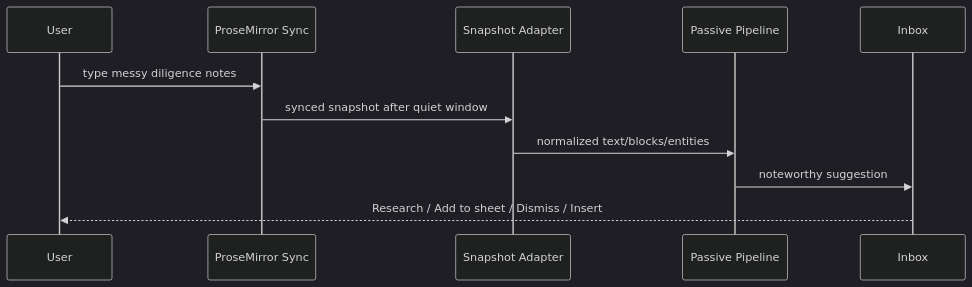
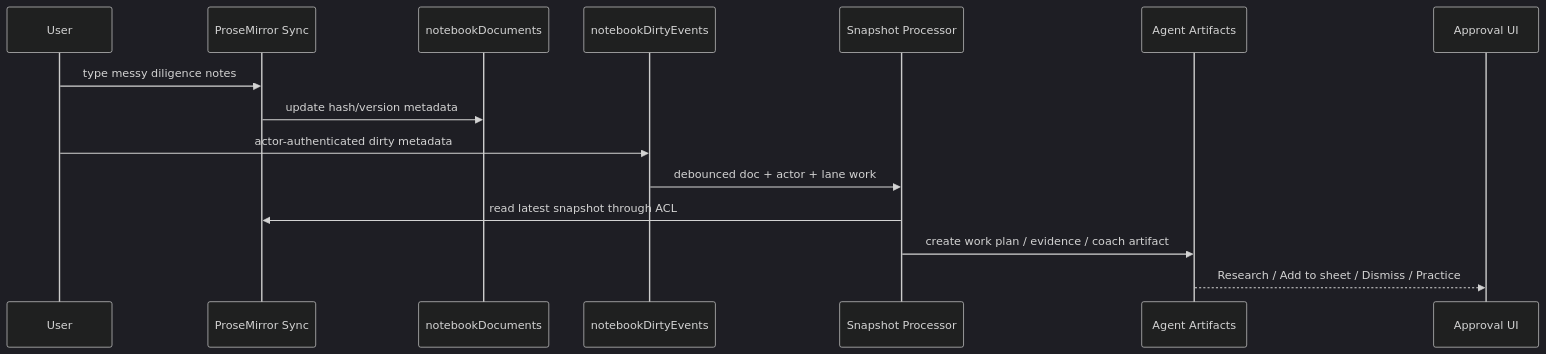
The second of 2 diagrams in plans/native-notebook-prosemirror-sidecar/plan.mdx (HomenShum/NodeRoom), drawn with Mermaid (dark theme) before and after one commit. The commit also changed other lines of this file and 130 other files, not shown here.

````diff
--- a/plans/native-notebook-prosemirror-sidecar/plan.mdx
+++ b/plans/native-notebook-prosemirror-sidecar/plan.mdx
@@ -53,13 +78,17 @@
 ```mermaid
 sequenceDiagram
   participant U as User
   participant PM as ProseMirror Sync
-  participant A as Snapshot Adapter
-  participant P as Passive Pipeline
-  participant I as Inbox
+  participant R as notebookDocuments
+  participant D as notebookDirtyEvents
+  participant P as Snapshot Processor
+  participant A as Agent Artifacts
+  participant I as Approval UI
   U->>PM: type messy diligence notes
-  PM->>A: synced snapshot after quiet window
-  A->>P: normalized text/blocks/entities
-  P->>I: noteworthy suggestion
-  I-->>U: Research / Add to sheet / Dismiss / Insert
+  PM->>R: update hash/version metadata
+  U->>D: actor-authenticated dirty metadata
+  D->>P: debounced doc + actor + lane work
+  P->>PM: read latest snapshot through ACL
+  P->>A: create work plan / evidence / coach artifact
+  A-->>I: Research / Add to sheet / Dismiss / Practice
 ```
````
